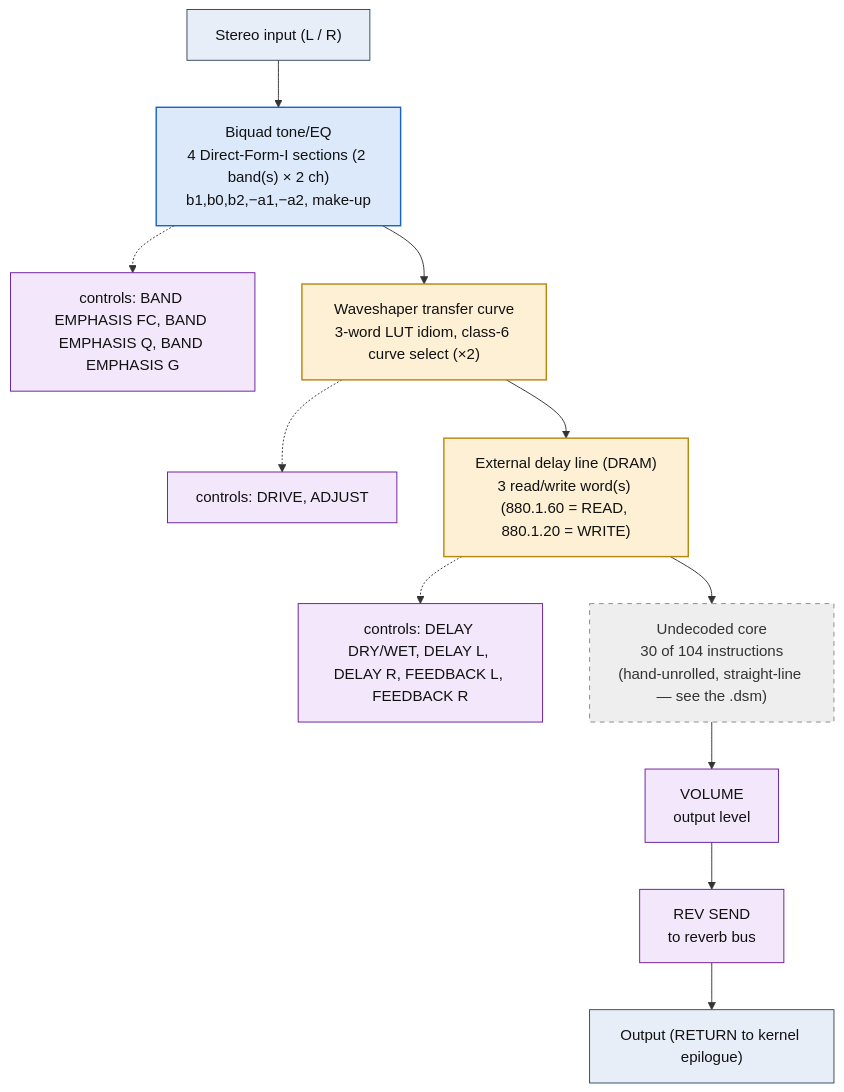
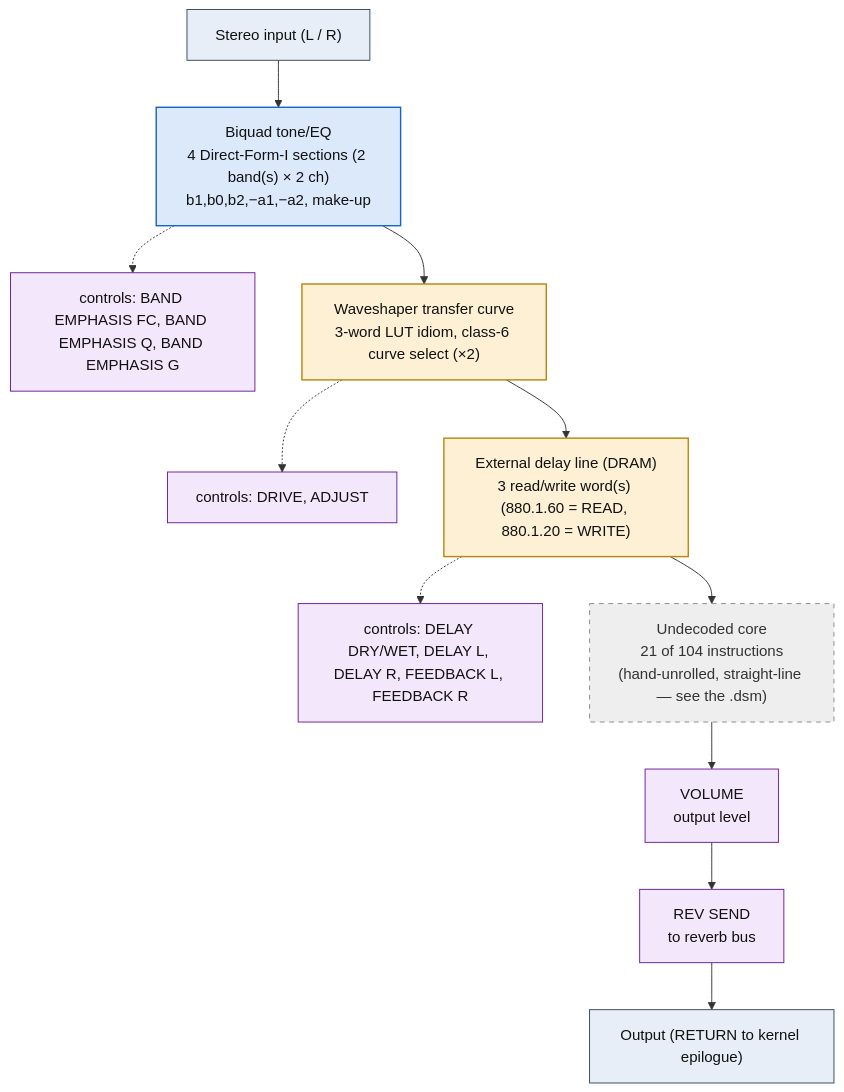
The diagram in dsp/flowcharts/prog99_peq_overdr_delay.md (ArqueologiaDigital/kn5000-roms-disasm), drawn with Mermaid before and after one commit. The commit also changed other lines of this file and 78 other files, not shown here.

````diff
--- a/dsp/flowcharts/prog99_peq_overdr_delay.md
+++ b/dsp/flowcharts/prog99_peq_overdr_delay.md
@@ -12,36 +12,36 @@
 ```mermaid
 flowchart TD
     N0["Stereo input (L / R)"]
     N1["Biquad tone/EQ<br/>4 Direct-Form-I sections (2 band(s) &times; 2 ch)<br/>b1,b0,b2,&minus;a1,&minus;a2, make-up"]
     N0 --> N1
     N2["controls: BAND EMPHASIS FC, BAND EMPHASIS Q, BAND EMPHASIS G"]
     N1 -.-> N2
     N3["Waveshaper transfer curve<br/>3-word LUT idiom, class-6 curve select (&times;2)"]
     N1 --> N3
     N4["controls: DRIVE, ADJUST"]
     N3 -.-> N4
     N5["External delay line (DRAM)<br/>3 read/write word(s) (880.1.60 = READ, 880.1.20 = WRITE)"]
     N3 --> N5
     N6["controls: DELAY DRY/WET, DELAY L, DELAY R, FEEDBACK L, FEEDBACK R"]
     N5 -.-> N6
-    N7["Undecoded core<br/>30 of 104 instructions<br/>(hand-unrolled, straight-line &mdash; see the .dsm)"]
+    N7["Undecoded core<br/>21 of 104 instructions<br/>(hand-unrolled, straight-line &mdash; see the .dsm)"]
     N5 --> N7
     N8["VOLUME<br/>output level"]
     N7 --> N8
     N9["REV SEND<br/>to reverb bus"]
     N8 --> N9
     N10["Output (RETURN to kernel epilogue)"]
     N9 --> N10
 
     classDef io fill:#e8eef7,stroke:#33475b,stroke-width:1px,color:#111;
     classDef proven fill:#d7f0d7,stroke:#2e7d32,stroke-width:2px,color:#111;
     classDef measured fill:#dbe9fb,stroke:#1565c0,stroke-width:1.5px,color:#111;
     classDef inferred fill:#fdf0d5,stroke:#b8860b,stroke-width:1.5px,color:#111;
     classDef open fill:#eeeeee,stroke:#888,stroke-width:1px,color:#333,stroke-dasharray:5 5;
     classDef ctrl fill:#f3e8fb,stroke:#6a1b9a,stroke-width:1px,color:#111;
     class N0,N10 io;
     class N1 measured;
     class N2,N4,N6,N8,N9 ctrl;
     class N3,N5 inferred;
     class N7 open;
 ```
````
